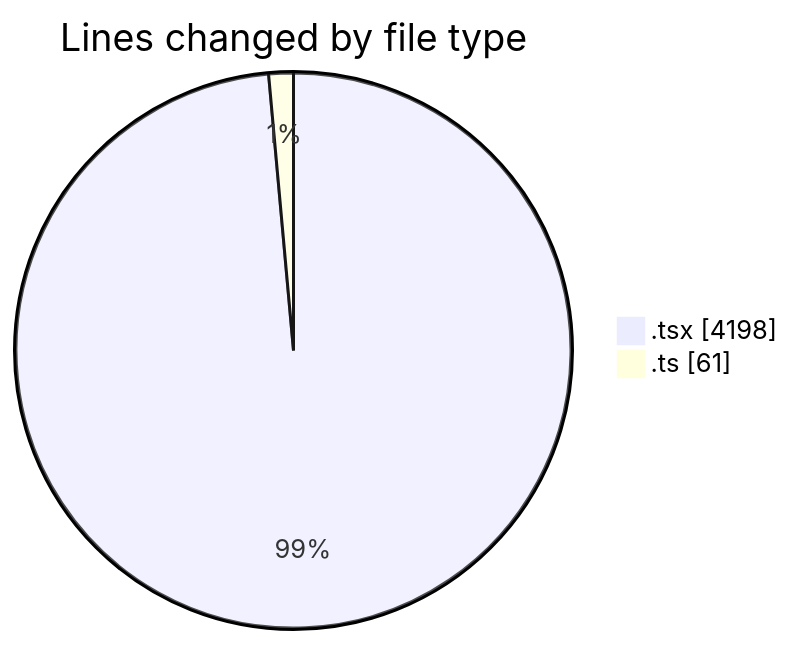
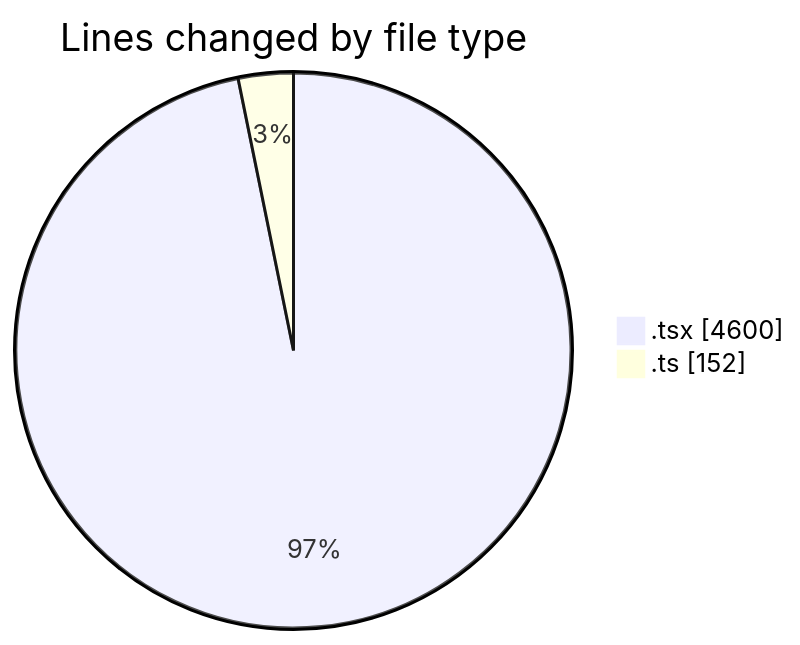
The first of 2 diagrams in 2025-11-18/eventscop-frontend-guide__workspace_/README.md (julien-gomy/code-tracking), drawn with Mermaid before and after one commit. The commit also changed other lines of this file and 1 other file, not shown here.

````diff
--- a/2025-11-18/eventscop-frontend-guide__workspace_/README.md
+++ b/2025-11-18/eventscop-frontend-guide__workspace_/README.md
@@ -51,6 +54,6 @@
 ```mermaid
 pie showData
 title Lines changed by file type
-".tsx" : 4198
-".ts" : 61
+".tsx" : 4600
+".ts" : 152
 ```
````
